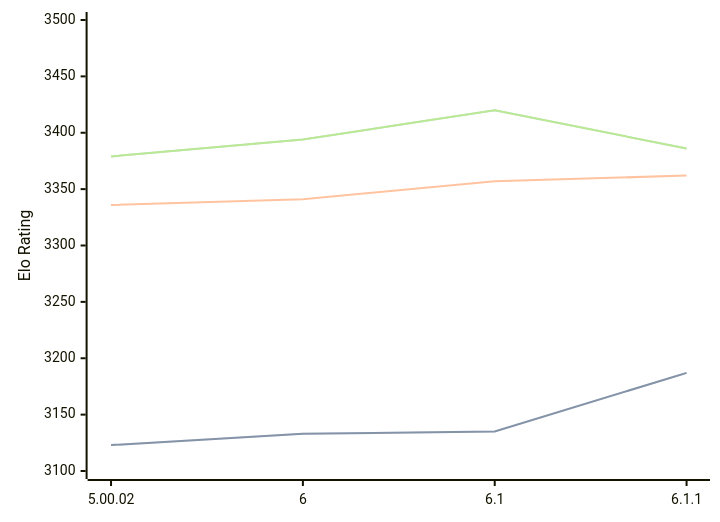
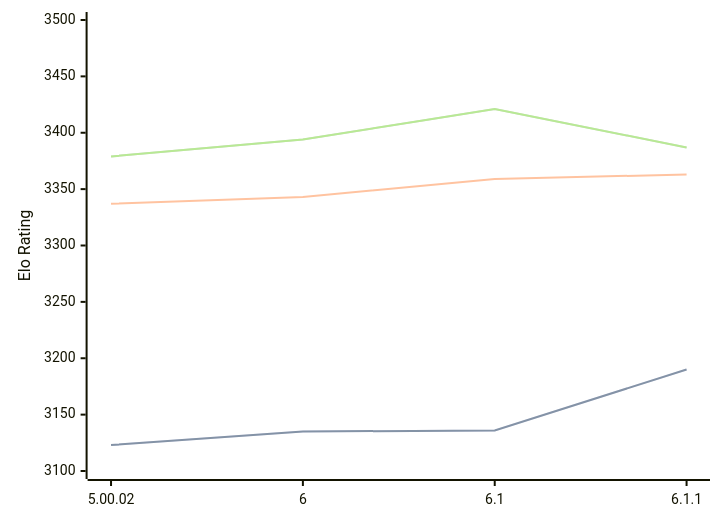
Before and after one commit to computer-chess-index/cci: the third of 3 diagrams in engines/Zangdar.md, drawn with Mermaid. The commit also changed other lines of this file, not shown here.

Commit message:
Update CCI Ratings (ELO VLTC) - 2026-07-02

````diff
--- a/engines/Zangdar.md
+++ b/engines/Zangdar.md
@@ -79,11 +79,11 @@
 ```mermaid
 %%{init: {"theme":"base","themeVariables":{"seriesColors:['#a3a3a3','#222221','#faa371']}}}%%
 xychart-beta
   x-axis ["5.00.02", "6", "6.1", "6.1.1"]
   y-axis "Elo Rating" 3100 --> 3500
-  line "STC (8.0+0.08s)" [3123, 3133, 3135, 3187]
-  line "STC (8.0+0.08s)" [3123, 3133, 3135, 3187]
-  line "LTC (60.0+0.60s)" [3336, 3341, 3357, 3362]
-  line "VLTC (2m24s+1.12s)" [3379, 3394, 3420, 3386]
-  line "VLTC (2m24s+1.12s)" [3379, 3394, 3420, 3386]
+  line "STC (8.0+0.08s)" [3123, 3135, 3136, 3190]
+  line "STC (8.0+0.08s)" [3123, 3135, 3136, 3190]
+  line "LTC (60.0+0.60s)" [3337, 3343, 3359, 3363]
+  line "VLTC (2m24s+1.12s)" [3379, 3394, 3421, 3387]
+  line "VLTC (2m24s+1.12s)" [3379, 3394, 3421, 3387]
 ```
````
